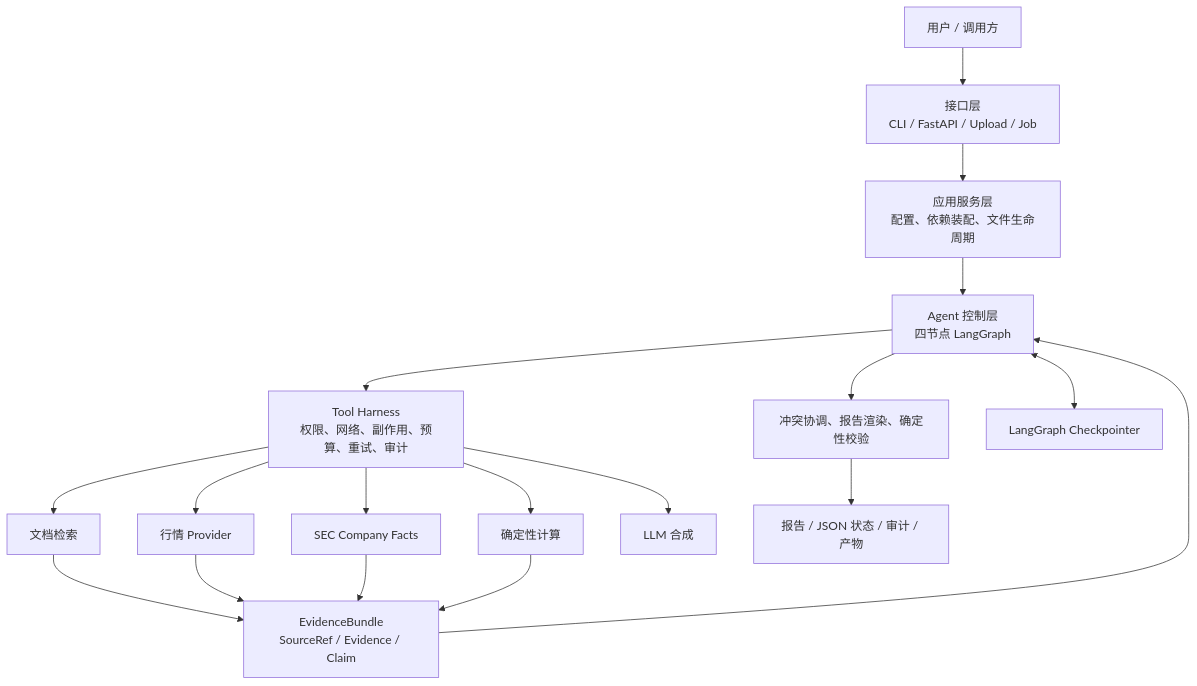
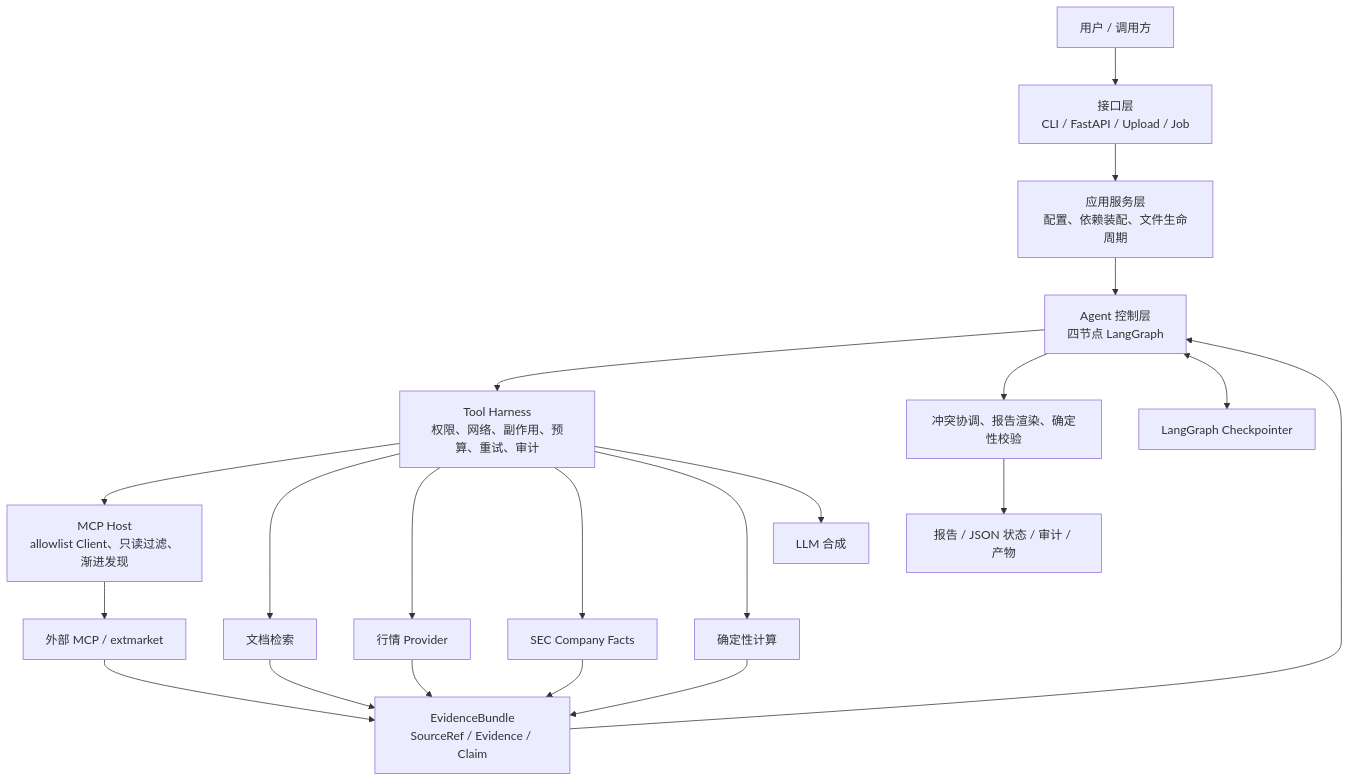
One commit to Asiiii-759/Finance_Agent changed the first of 2 diagrams in docs/AGENT_DETAILED_GUIDE.md. Above: the diagram before and after it, drawn with Mermaid. The commit also changed other lines of this file and 40 other files, not shown here.

````diff
--- a/docs/AGENT_DETAILED_GUIDE.md
+++ b/docs/AGENT_DETAILED_GUIDE.md
@@ -79,20 +80,23 @@
 ```mermaid
 flowchart TB
     U[用户 / 调用方] --> I[接口层\nCLI / FastAPI / Upload / Job]
     I --> S[应用服务层\n配置、依赖装配、文件生命周期]
     S --> A[Agent 控制层\n四节点 LangGraph]
     A --> H[Tool Harness\n权限、网络、副作用、预算、重试、审计]
+    H --> M[MCP Host\nallowlist Client、只读过滤、渐进发现]
     H --> D1[文档检索]
     H --> D2[行情 Provider]
     H --> D3[SEC Company Facts]
     H --> D4[确定性计算]
     H --> D5[LLM 合成]
+    M --> D6[外部 MCP / extmarket]
     D1 --> E[EvidenceBundle\nSourceRef / Evidence / Claim]
     D2 --> E
     D3 --> E
     D4 --> E
+    D6 --> E
     E --> A
     A --> V[冲突协调、报告渲染、确定性校验]
     V --> O[报告 / JSON 状态 / 审计 / 产物]
     A <--> C[LangGraph Checkpointer]
 ```
````
